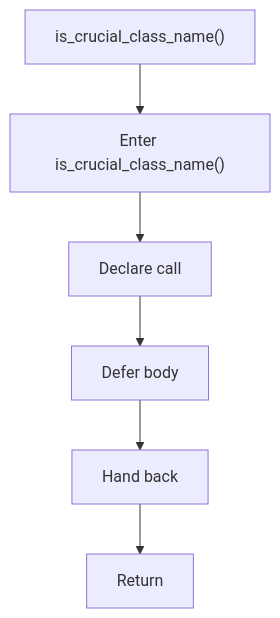
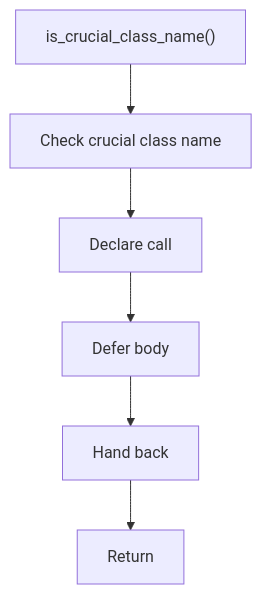
Before and after one commit to JohnAndrewBalbarosa/NeoTerritory: the eighth of 9 diagrams in docs/Codebase/Microservice/Modules/Header/SyntacticBrokenAST/Analysis/Lexical/lexical_structure_hooks.hpp.md, drawn with Mermaid. The commit also changed other lines of this file and 925 other files, not shown here.

````diff
--- a/docs/Codebase/Microservice/Modules/Header/SyntacticBrokenAST/Analysis/Lexical/lexical_structure_hooks.hpp.md
+++ b/docs/Codebase/Microservice/Modules/Header/SyntacticBrokenAST/Analysis/Lexical/lexical_structure_hooks.hpp.md
@@ -231,14 +230,14 @@
 ```mermaid
 flowchart TD
     Start["is_crucial_class_name()"]
-    N0["Enter is_crucial_class_name()"]
+    N0["Check crucial class name"]
     N1["Declare call"]
     N2["Defer body"]
     N3["Hand back"]
     End["Return"]
     Start --> N0
     N0 --> N1
     N1 --> N2
     N2 --> N3
     N3 --> End
 ```
````
